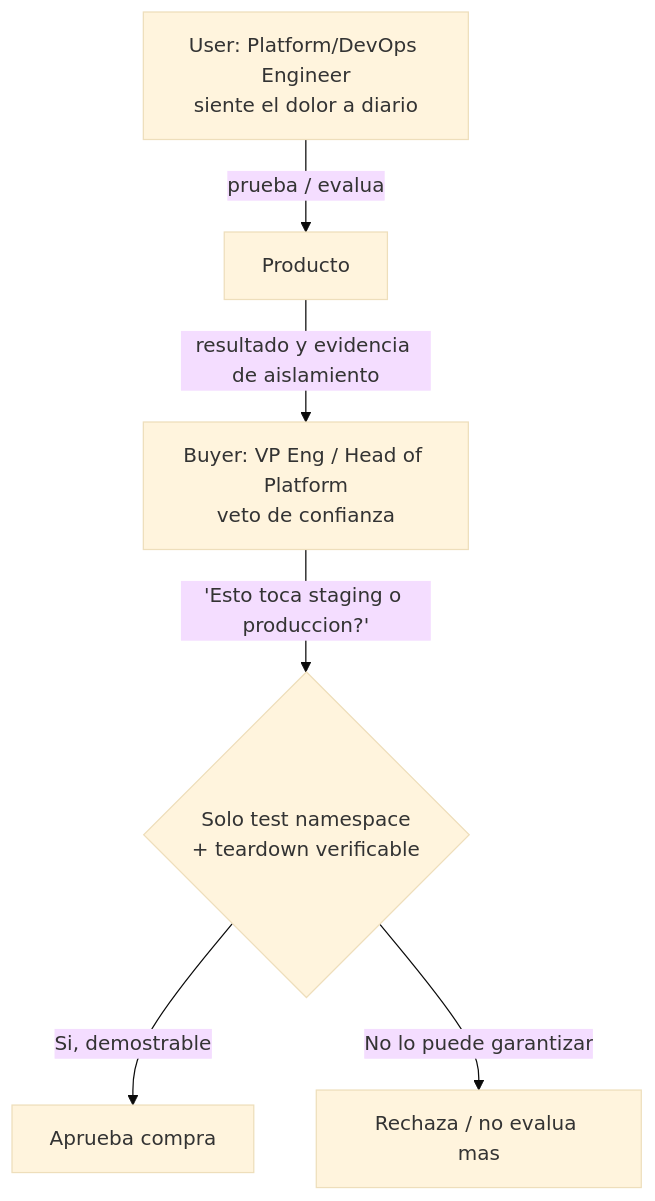
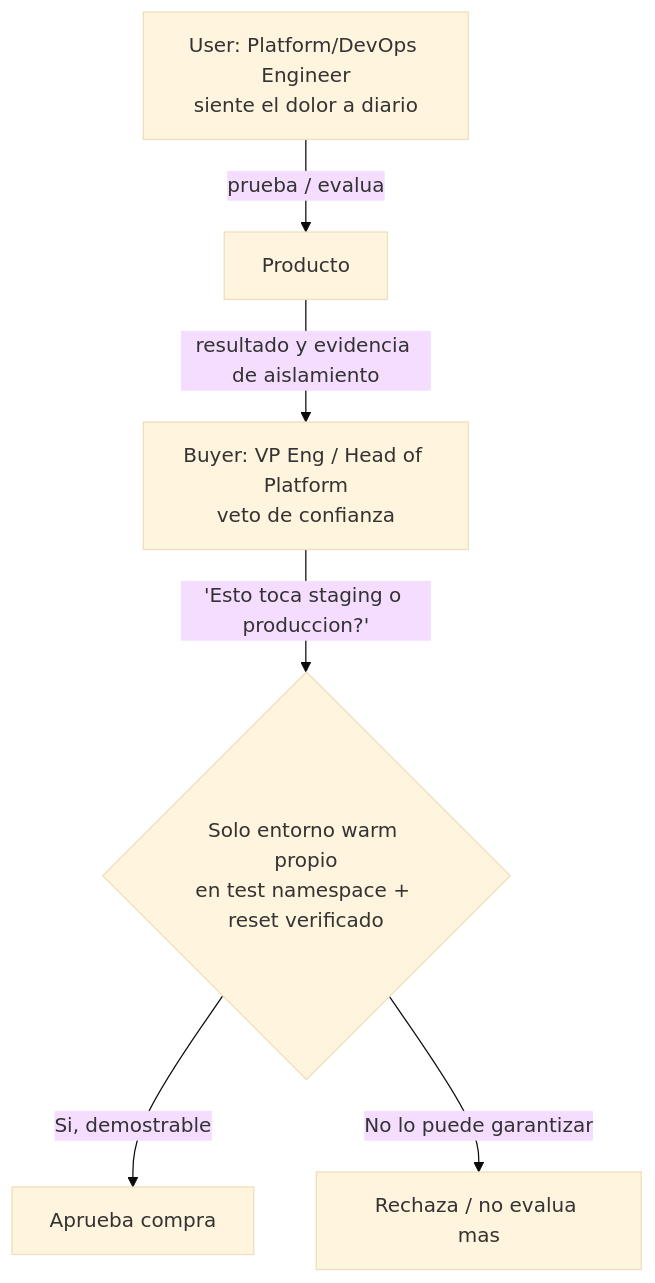
Before and after one commit to ogaston/agentic-qa-swarm: the second of 6 diagrams in specs/prd.md, drawn with Mermaid (base theme). The commit also changed other lines of this file and 3 other files, not shown here.

````diff
--- a/specs/prd.md
+++ b/specs/prd.md
@@ -164,8 +164,8 @@
 ```mermaid
 flowchart TD
     U["User: Platform/DevOps Engineer<br/>siente el dolor a diario"] -->|"prueba / evalua"| P["Producto"]
     P -->|"resultado y evidencia de aislamiento"| B["Buyer: VP Eng / Head of Platform<br/>veto de confianza"]
-    B -->|"'Esto toca staging o produccion?'"| G{Solo test namespace<br/>+ teardown verificable}
+    B -->|"'Esto toca staging o produccion?'"| G{Solo entorno warm propio<br/>en test namespace + reset verificado}
     G -->|Si, demostrable| APPROVE["Aprueba compra"]
     G -->|No lo puede garantizar| REJECT["Rechaza / no evalua mas"]
 ```
````
